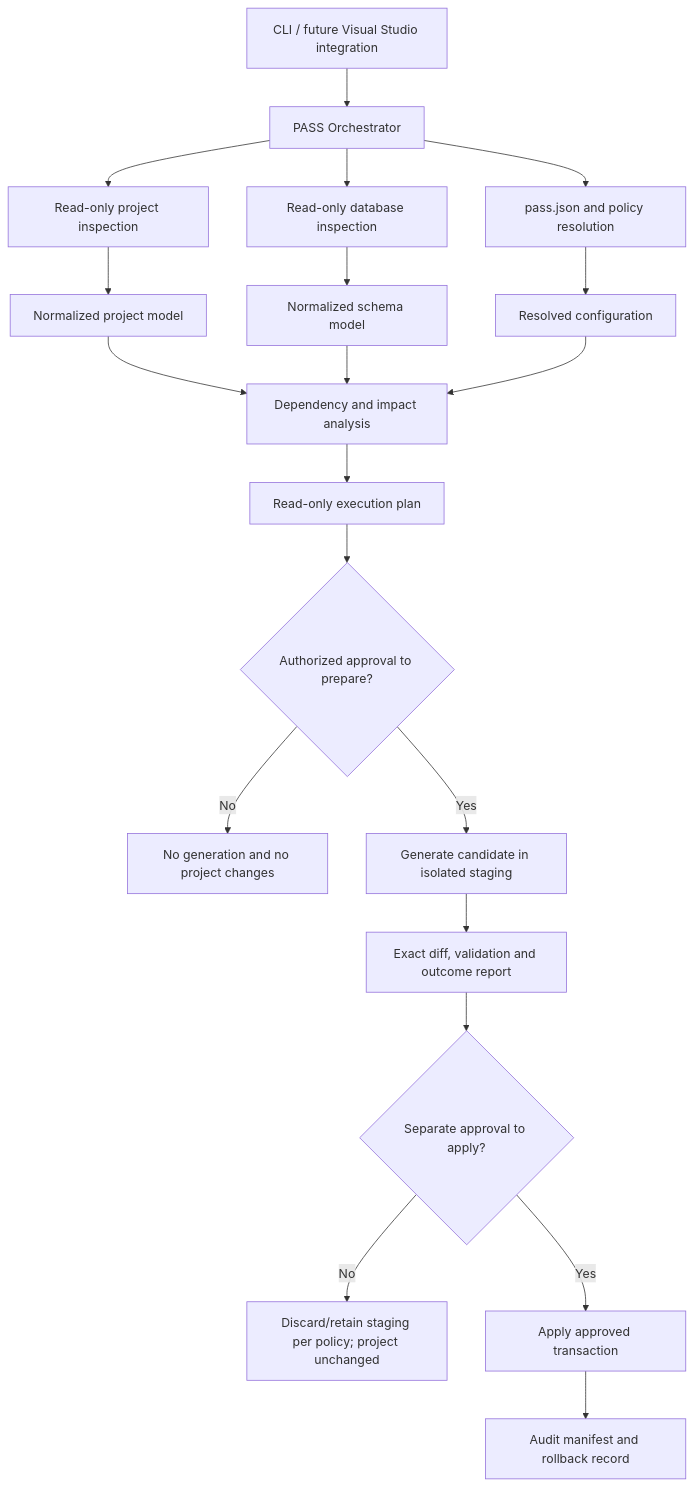
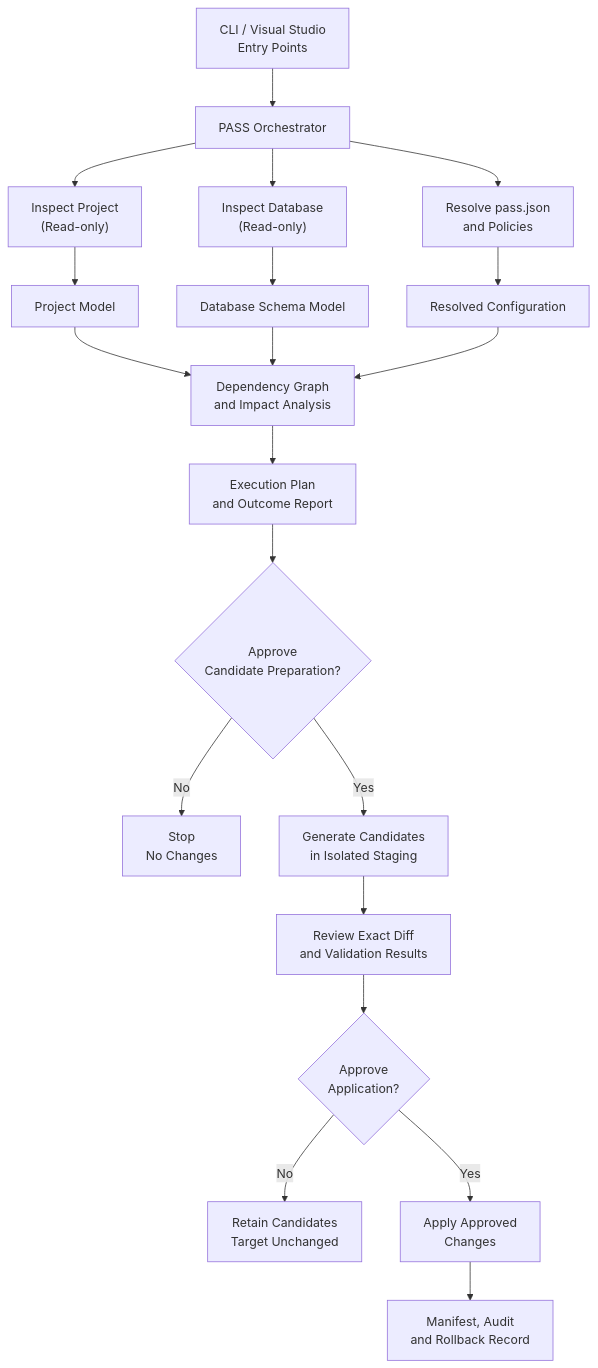
The diagram in README.md (RashedulHaqueRonjon/PASS-Framework), drawn with Mermaid before and after one commit.

Commit message:
Update architecture diagram in README.md

````diff
--- a/README.md
+++ b/README.md
@@ -39,22 +39,56 @@
 ```mermaid
+
 flowchart TD
-    A[CLI / future Visual Studio integration] --> B[PASS Orchestrator]
-    B --> C[Read-only project inspection]
-    B --> D[Read-only database inspection]
-    B --> E[pass.json and policy resolution]
-    C --> F[Normalized project model]
-    D --> G[Normalized schema model]
-    E --> H[Resolved configuration]
-    F --> I[Dependency and impact analysis]
+    A["CLI / Visual Studio<br/>Entry Points"]
+    B["PASS Orchestrator"]
+
+    C["Inspect Project<br/>(Read-only)"]
+    D["Inspect Database<br/>(Read-only)"]
+    E["Resolve pass.json<br/>and Policies"]
+
+    F["Project Model"]
+    G["Database Schema Model"]
+    H["Resolved Configuration"]
+
+    I["Dependency Graph<br/>and Impact Analysis"]
+    J["Execution Plan<br/>and Outcome Report"]
+
+    K{"Approve<br/>Candidate Preparation?"}
+    L["Stop<br/>No Changes"]
+    M["Generate Candidates<br/>in Isolated Staging"]
+
+    N["Review Exact Diff<br/>and Validation Results"]
+    O{"Approve<br/>Application?"}
+    P["Retain Candidates<br/>Target Unchanged"]
+    Q["Apply Approved<br/>Changes"]
+    R["Manifest, Audit<br/>and Rollback Record"]
+
+    A --> B
+
+    B --> C
+    B --> D
+    B --> E
+
+    C --> F
+    D --> G
+    E --> H
+
+    F --> I
     G --> I
     H --> I
-    I --> J[Read-only execution plan]
-    J --> K{Authorized approval to prepare?}
-    K -- No --> L[No generation and no project changes]
-    K -- Yes --> M[Generate candidate in isolated staging]
-    M --> N[Exact diff, validation and outcome report]
-    N --> O{Separate approval to apply?}
-    O -- No --> P[Discard/retain staging per policy; project unchanged]
-    O -- Yes --> Q[Apply approved transaction]
-    Q --> R[Audit manifest and rollback record]
+
+    I --> J
+    J --> K
+
+    K -- No --> L
+    K -- Yes --> M
+
+    M --> N
+    N --> O
+
+    O -- No --> P
+    O -- Yes --> Q
+
+    Q --> R
+
 ```
````
